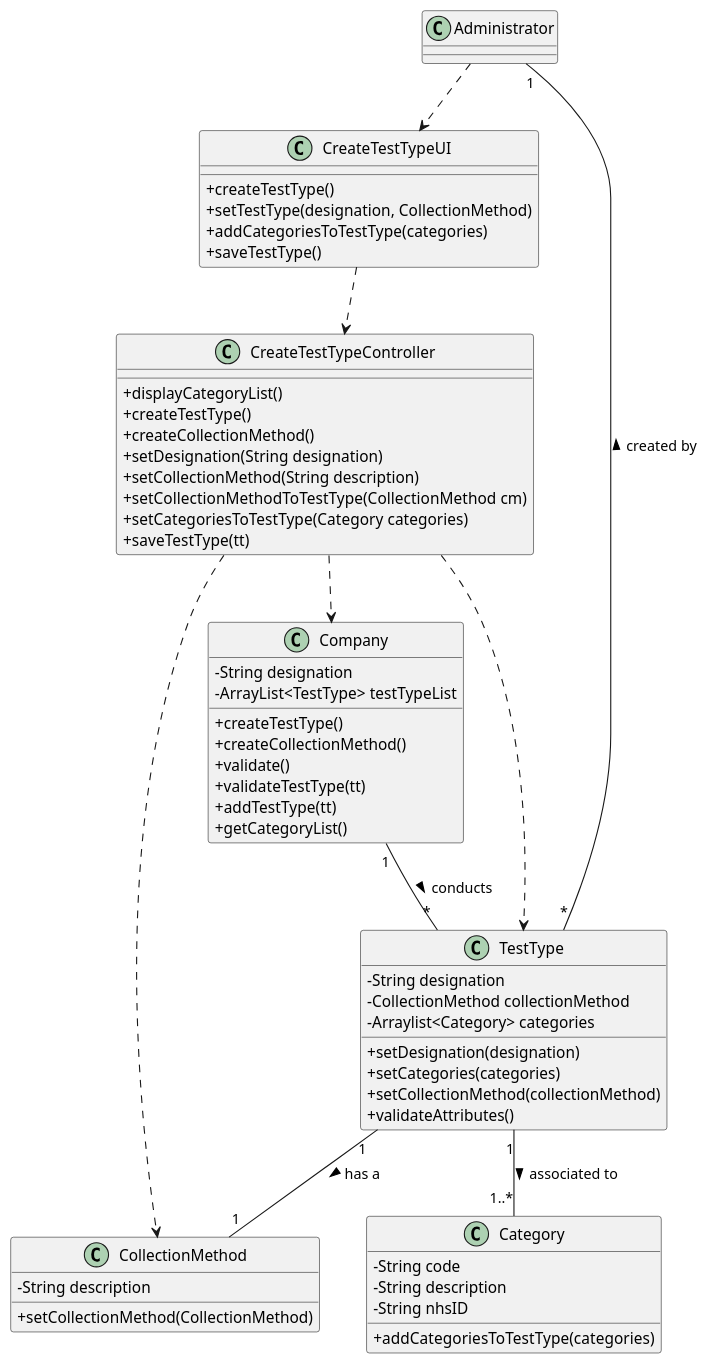
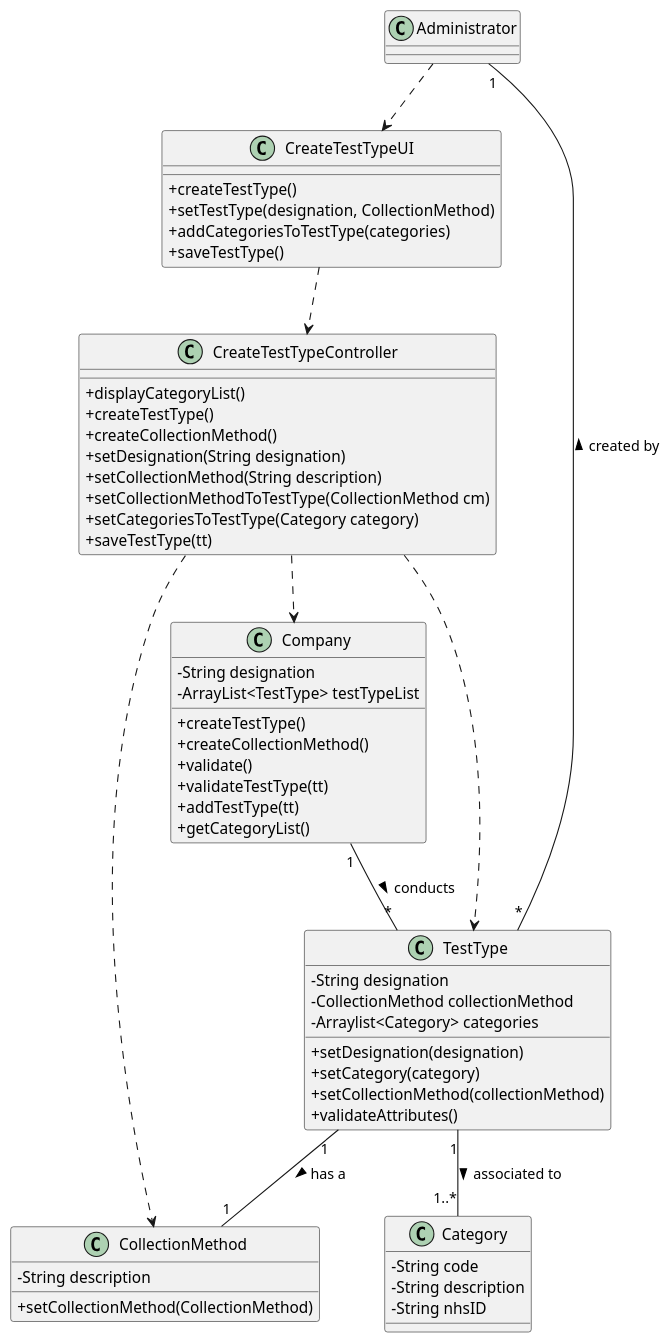
The diagram in docs/SprintB/US9/US9_CD.puml (MadDinosaur/ISEP-LAPR2), drawn with PlantUML before and after one commit. The commit also changed 3 other files, not shown here.

Commit message:
Made changes to the class diagram, added more methods to testtype, testtypecontroller and created the ui

```diff
--- a/docs/SprintB/US9/US9_CD.puml
+++ b/docs/SprintB/US9/US9_CD.puml
@@ -1,63 +1,62 @@
 @startuml
 
 skinparam classAttributeIconSize 0
 
 class Administrator
 class CreateTestTypeUI {
 +createTestType()
 +setTestType(designation, CollectionMethod)
 +addCategoriesToTestType(categories)
 +saveTestType()
 }
 class CreateTestTypeController {
 +displayCategoryList()
 +createTestType()
 +createCollectionMethod()
 +setDesignation(String designation)
 +setCollectionMethod(String description)
 +setCollectionMethodToTestType(CollectionMethod cm)
-+setCategoriesToTestType(Category categories)
++setCategoriesToTestType(Category category)
 +saveTestType(tt)
 }
 class CollectionMethod {
 -String description
 +setCollectionMethod(CollectionMethod)
 }
 class TestType {
 -String designation
 -CollectionMethod collectionMethod
 -Arraylist<Category> categories
 +setDesignation(designation)
-+setCategories(categories)
++setCategory(category)
 +setCollectionMethod(collectionMethod)
 +validateAttributes()
 }
 class Category {
 -String code
 -String description
 -String nhsID
-+addCategoriesToTestType(categories)
 }
 class Company {
 -String designation
 -ArrayList<TestType> testTypeList
 +createTestType()
 +createCollectionMethod()
 +validate()
 +validateTestType(tt)
 +addTestType(tt)
 +getCategoryList()
 }
 
 Administrator ..> CreateTestTypeUI
 CreateTestTypeUI ..> CreateTestTypeController
 TestType "*"-up-"1" Administrator : created by >
 Category "1..*"-up-"1" TestType  : associated to <
 TestType "1"--"1" CollectionMethod : has a  >
 Company "1"-down-"*" TestType : conducts >
 CreateTestTypeController ..> Company
 CreateTestTypeController ..> TestType
 CreateTestTypeController ..> CollectionMethod
 
 
 @enduml
```
